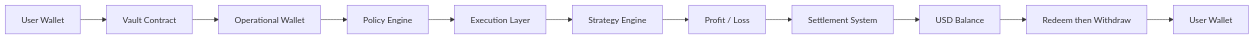
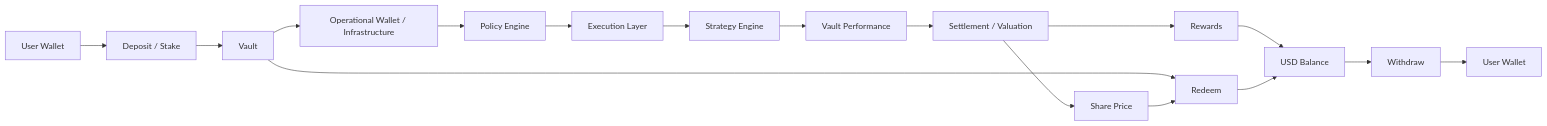
The diagram in product/fund-flow.mdx (FOPEN2010/docs), drawn with Mermaid before and after one commit. The commit also changed other lines of this file and 4 other files, not shown here.

````diff
--- a/product/fund-flow.mdx
+++ b/product/fund-flow.mdx
@@ -19,13 +31,19 @@
 ```mermaid
 flowchart LR
-    A[User Wallet] --> B[Vault Contract]
-    B --> C[Operational Wallet]
-    C --> D[Policy Engine]
-    D --> E[Execution Layer]
-    E --> F[Strategy Engine]
-    F --> G[Profit / Loss]
-    G --> H[Settlement System]
-    H --> I[USD Balance]
-    I --> J[Redeem then Withdraw]
-    J --> K[User Wallet]
+    A[User Wallet] --> B[Deposit / Stake]
+    B --> C[Vault]
+    C --> D[Operational Wallet / Infrastructure]
+    D --> E[Policy Engine]
+    E --> F[Execution Layer]
+    F --> G[Strategy Engine]
+    G --> H[Vault Performance]
+    H --> I[Settlement / Valuation]
+    I --> J[Share Price]
+    I --> K[Rewards]
+    K --> L[USD Balance]
+    C --> M[Redeem]
+    J --> M
+    M --> L
+    L --> N[Withdraw]
+    N --> O[User Wallet]
 ```
````
